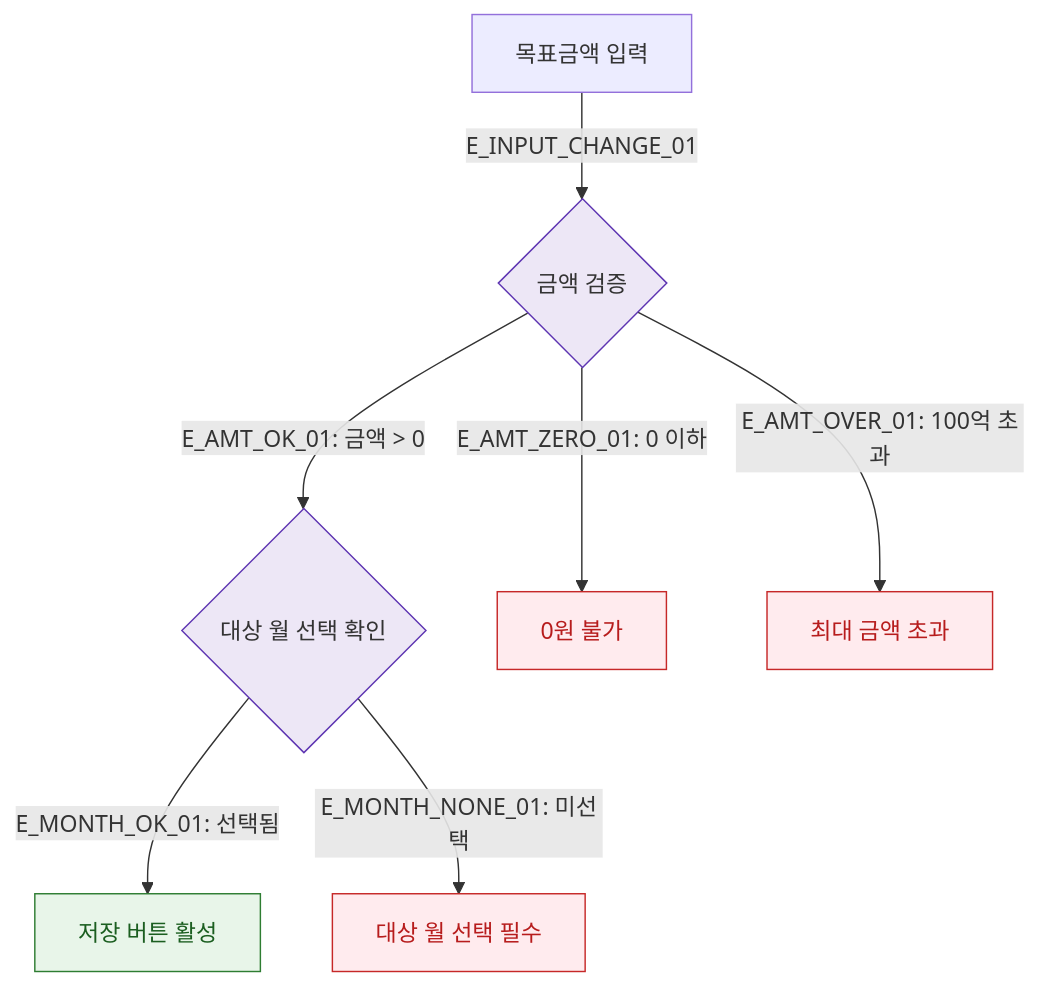
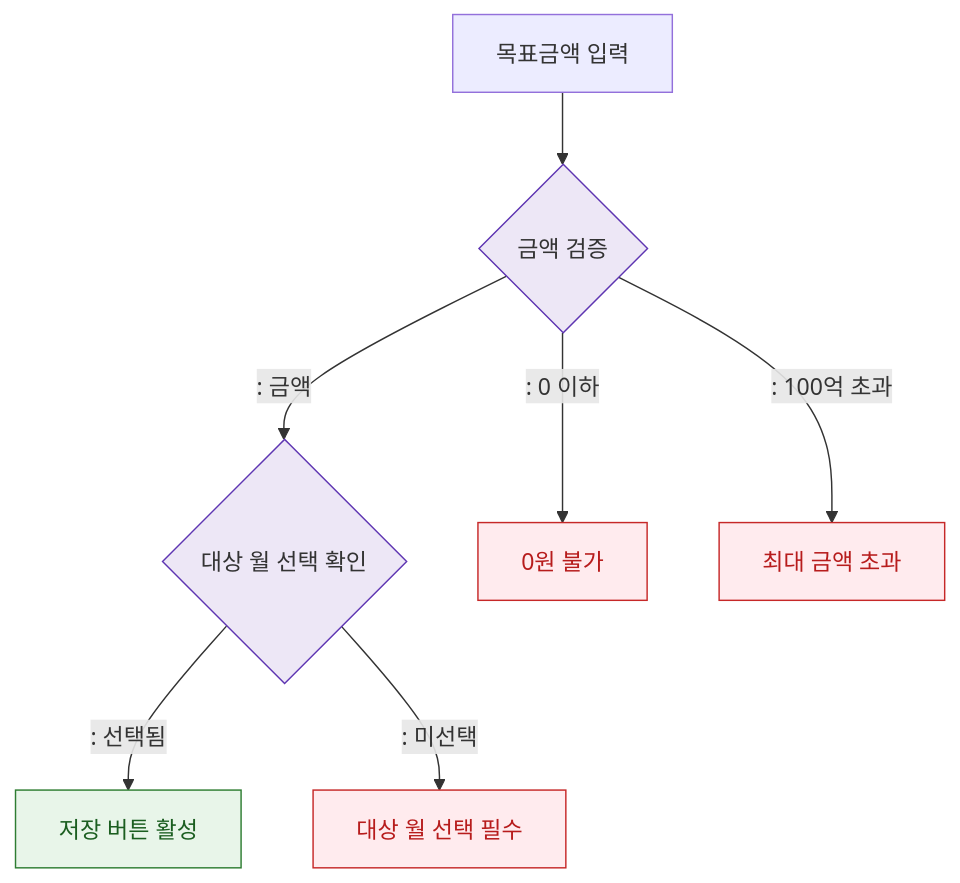
One commit to dev-spogym/admin-pando changed the diagram in docs/다이어그램/D03_매출관리/DLG-S012_목표매출설정/M2_필드검증.md. Above: the diagram before and after it, drawn with Mermaid. The commit also changed other lines of this file and 1660 other files, not shown here.

First line of the commit message:
다이어그램: 기획자/클라이언트 납품본으로 정리

````diff
--- a/docs/다이어그램/D03_매출관리/DLG-S012_목표매출설정/M2_필드검증.md
+++ b/docs/다이어그램/D03_매출관리/DLG-S012_목표매출설정/M2_필드검증.md
@@ -20,19 +18,19 @@
 ```mermaid
 flowchart TD
-    INPUT[목표금액 입력] -->|E_INPUT_CHANGE_01| VALIDATE{금액 검증}
+    INPUT[목표금액 입력] --> VALIDATE{금액 검증}
 
-    VALIDATE -->|"E_AMT_OK_01: 금액 > 0"| MONTH_CHECK{대상 월 선택 확인}
-    VALIDATE -->|"E_AMT_ZERO_01: 0 이하"| ERR_ZERO[0원 불가]
-    VALIDATE -->|"E_AMT_OVER_01: 100억 초과"| ERR_OVER[최대 금액 초과]
+    VALIDATE -->|": 금액"|MONTH_CHECK{대상 월 선택 확인}
+    VALIDATE -->|": 0 이하"|ERR_ZERO[0원 불가]
+    VALIDATE -->|": 100억 초과"|ERR_OVER[최대 금액 초과]
 
-    MONTH_CHECK -->|"E_MONTH_OK_01: 선택됨"| VALID[저장 버튼 활성]
-    MONTH_CHECK -->|"E_MONTH_NONE_01: 미선택"| ERR_MONTH[대상 월 선택 필수]
+    MONTH_CHECK -->|": 선택됨"|VALID[저장 버튼 활성]
+    MONTH_CHECK -->|": 미선택"|ERR_MONTH[대상 월 선택 필수]
 
     classDef system fill:#EDE7F6,stroke:#5E35B2
     classDef success fill:#E8F5E9,stroke:#2E7D32,color:#1B5E20
     classDef error fill:#FFEBEE,stroke:#C62828,color:#B71C1C
 
     class VALIDATE,MONTH_CHECK system
     class VALID success
     class ERR_ZERO,ERR_OVER,ERR_MONTH error
 ```
````
